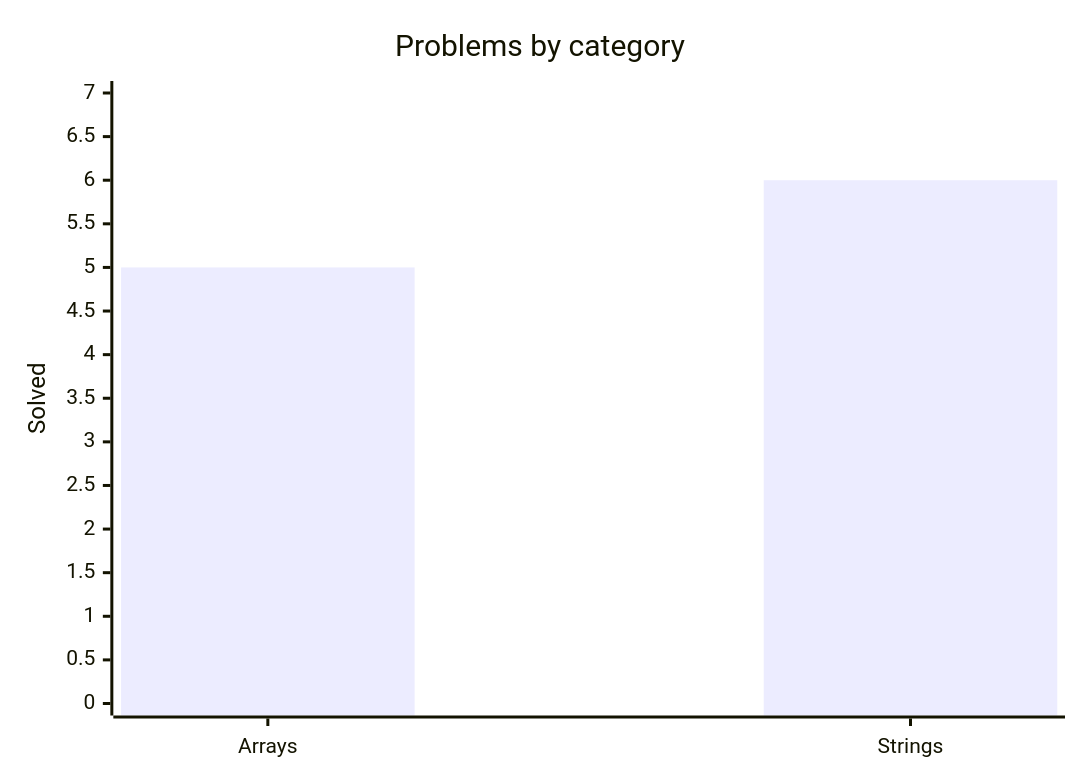
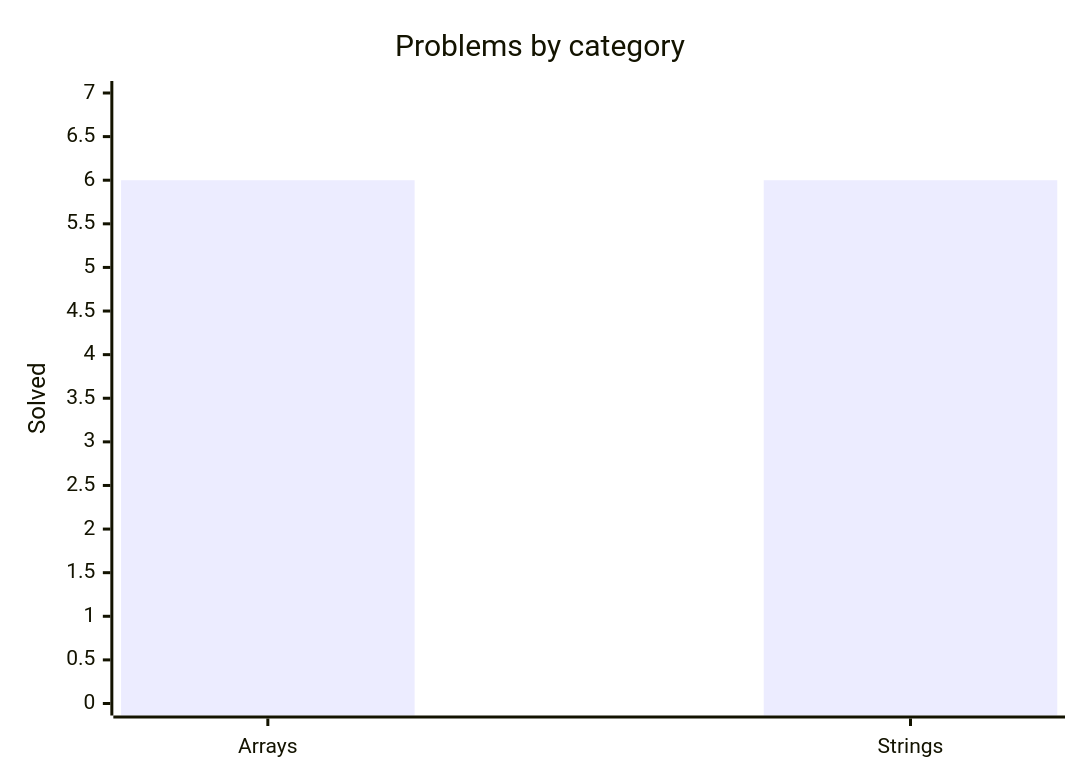
The diagram in README.md (mauli-waghmore/data-structures-algorithms-kotlin), drawn with Mermaid before and after one commit. The commit also changed other lines of this file and 1 other file, not shown here.

````diff
--- a/README.md
+++ b/README.md
@@ -35,8 +35,8 @@
 ```mermaid
 %%{init: {"xyChart": {"plotColorPalette": "#7F52FF"}}}%%
 xychart-beta
     title "Problems by category"
     x-axis ["Arrays", "Strings"]
     y-axis "Solved" 0 --> 7
-    bar [5, 6]
+    bar [6, 6]
 ```
````
